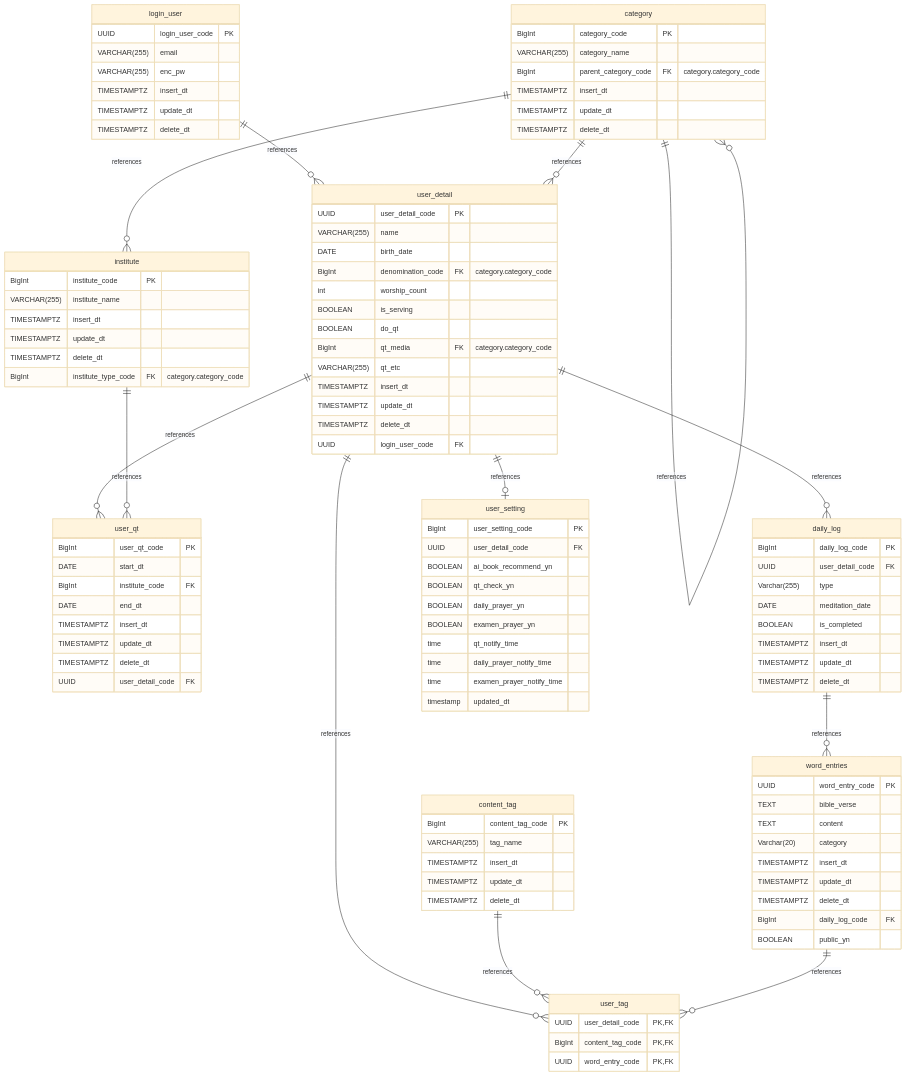
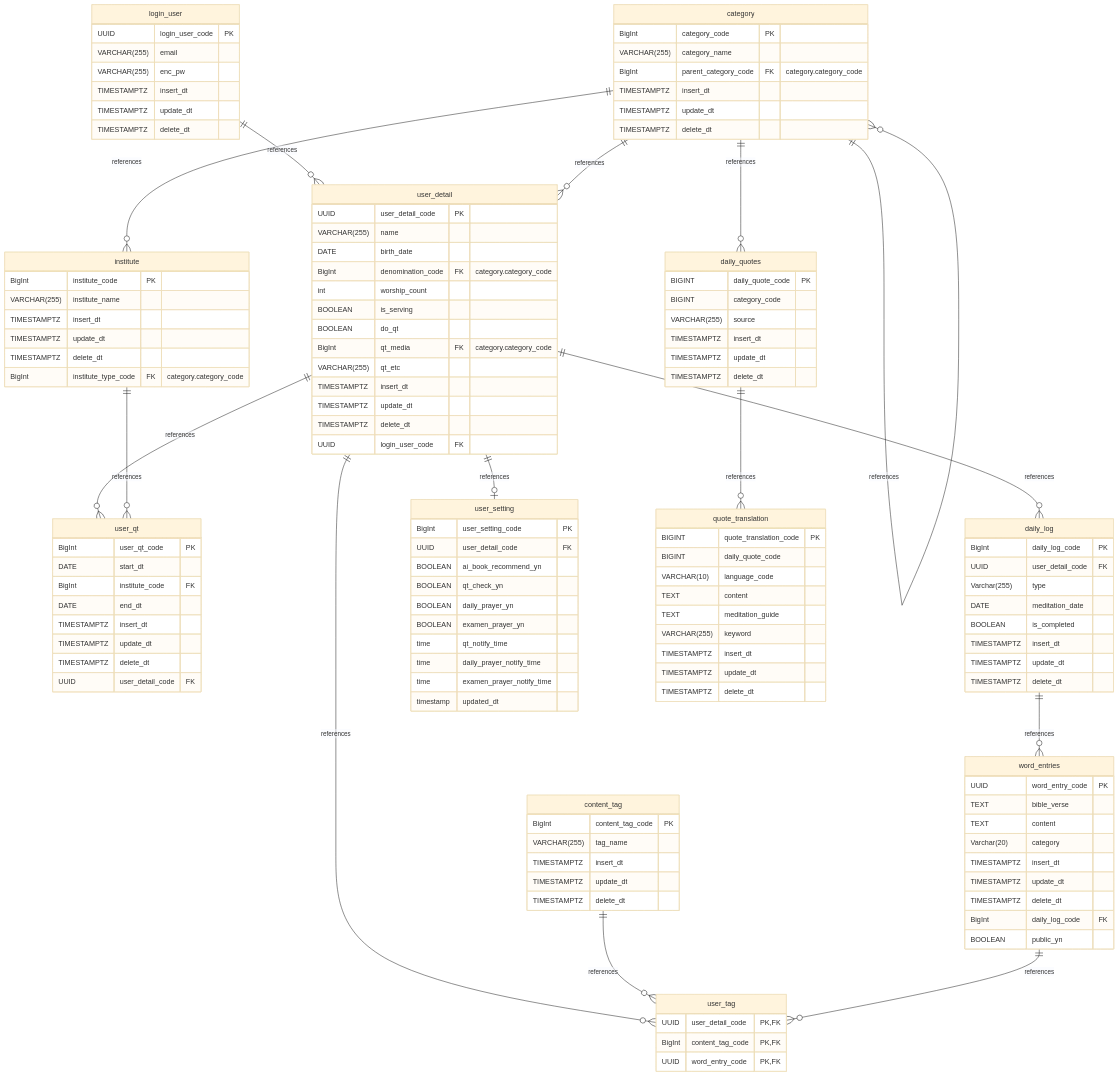
Before and after one commit to LinaShinDev/daily-word-log: the diagram in README.md, drawn with Mermaid (base theme).

````diff
--- a/README.md
+++ b/README.md
@@ -32,6 +32,7 @@
     category ||--o{ category : references
     category ||--o{ institute : references
 	category ||--o{ user_detail : references
+	category ||--o{ daily_quotes : references
     user_detail ||--o{ user_qt : references
     user_detail ||--o{ daily_log : references
     institute ||--o{ user_qt : references
@@ -40,6 +41,7 @@
     content_tag ||--o{ user_tag : references
     word_entries ||--o{ user_tag : references
     user_detail ||--o| user_setting : references
+	daily_quotes ||--o{ quote_translation : references
 
 	
 	login_user {
@@ -145,4 +147,27 @@
 		BigInt content_tag_code PK, FK
 		UUID word_entry_code PK, FK
 	}
+
+	daily_quotes {
+		BIGINT daily_quote_code PK
+	    BIGINT category_code
+	    VARCHAR(255) source
+		TIMESTAMPTZ insert_dt
+		TIMESTAMPTZ update_dt
+		TIMESTAMPTZ delete_dt
+	}
+
+	quote_translation {
+		BIGINT quote_translation_code PK
+	    BIGINT daily_quote_code
+	    VARCHAR(10) language_code
+	    TEXT content
+	    TEXT meditation_guide 
+	    VARCHAR(255) keyword 
+	    TIMESTAMPTZ insert_dt
+		TIMESTAMPTZ update_dt
+		TIMESTAMPTZ delete_dt
+	}
+
+
 ```
````
